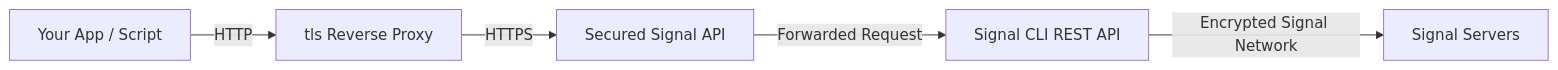
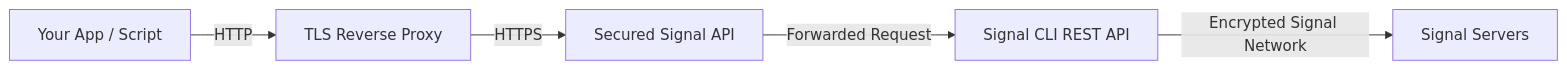
The diagram in docs/about.md (CodeShellDev/secured-signal-api), drawn with Mermaid before and after one commit.

Commit message:
update flowchart again

````diff
--- a/docs/about.md
+++ b/docs/about.md
@@ -41,7 +41,7 @@
 ```mermaid
 flowchart LR
-  Client[Your App / Script] -->|HTTP| TLSReverseProxy[tls Reverse Proxy]
+  Client[Your App / Script] -->|HTTP| TLSReverseProxy[TLS Reverse Proxy]
   TLSReverseProxy -->|HTTPS| SecuredProxy[Secured Signal API]
   SecuredProxy -->|Forwarded Request| SignalAPI[Signal CLI REST API]
   SignalAPI -->|Encrypted Signal Network| SignalNetwork[Signal Servers]
 ```
````
